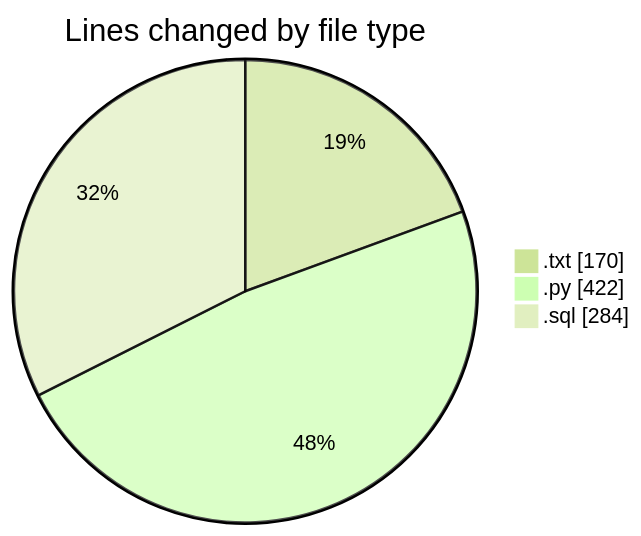
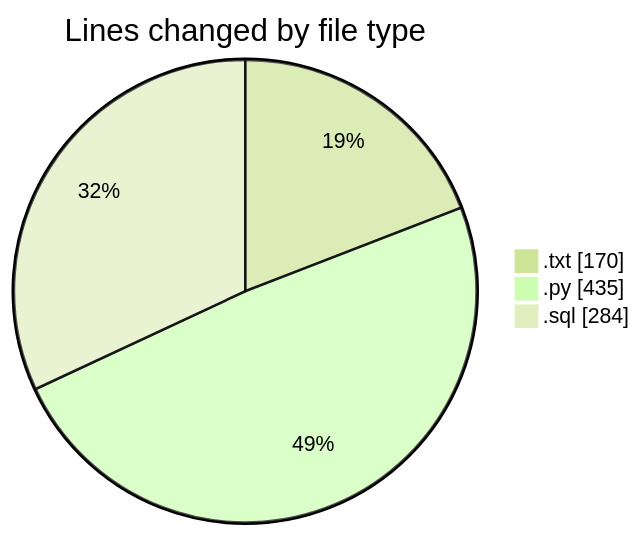
The first of 2 diagrams in 2025-09-16/datanv/README.md (lephambinh05/code-tracking), drawn with Mermaid (forest theme) before and after one commit. The commit also changed other lines of this file and 1 other file, not shown here.

````diff
--- a/2025-09-16/datanv/README.md
+++ b/2025-09-16/datanv/README.md
@@ -25,7 +25,7 @@
 ```mermaid
 pie showData
 title Lines changed by file type
 ".txt" : 170
-".py" : 422
+".py" : 435
 ".sql" : 284
 ```
````
